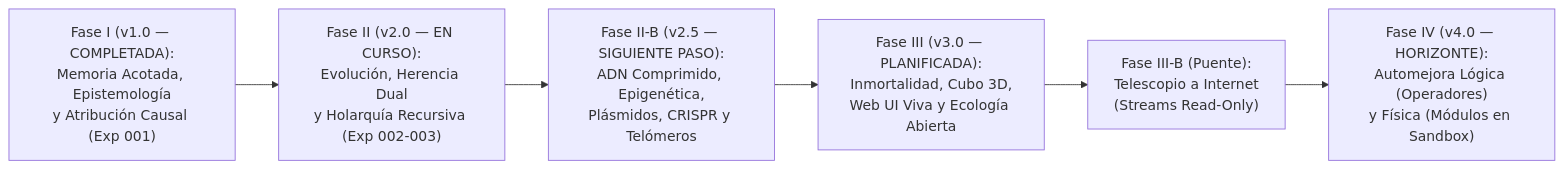
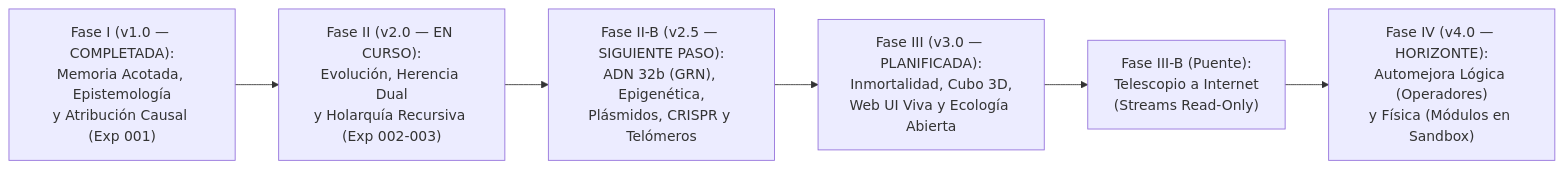
One commit to Jorge-Guli/IDE changed the diagram in ROADMAP.md. Above: the diagram before and after it, drawn with Mermaid. The commit also changed other lines of this file and 1 other file, not shown here.

First line of the commit message:
docs: evoluciona codones de CompactDNA a 32 bits (uint32) y agrega redes GRN

````diff
--- a/ROADMAP.md
+++ b/ROADMAP.md
@@ -5,8 +5,8 @@
 ```mermaid
 flowchart LR
     F1["Fase I (v1.0 — COMPLETADA):\nMemoria Acotada, Epistemología\ny Atribución Causal (Exp 001)"] --> F2["Fase II (v2.0 — EN CURSO):\nEvolución, Herencia Dual\ny Holarquía Recursiva (Exp 002-003)"]
-    F2 --> F2B["Fase II-B (v2.5 — SIGUIENTE PASO):\nADN Comprimido, Epigenética,\nPlásmidos, CRISPR y Telómeros"]
+    F2 --> F2B["Fase II-B (v2.5 — SIGUIENTE PASO):\nADN 32b (GRN), Epigenética,\nPlásmidos, CRISPR y Telómeros"]
     F2B --> F3["Fase III (v3.0 — PLANIFICADA):\nInmortalidad, Cubo 3D,\nWeb UI Viva y Ecología Abierta"]
     F3 --> F3B["Fase III-B (Puente):\nTelescopio a Internet\n(Streams Read-Only)"]
     F3B --> F4["Fase IV (v4.0 — HORIZONTE):\nAutomejora Lógica (Operadores)\ny Física (Módulos en Sandbox)"]
 ```
````
